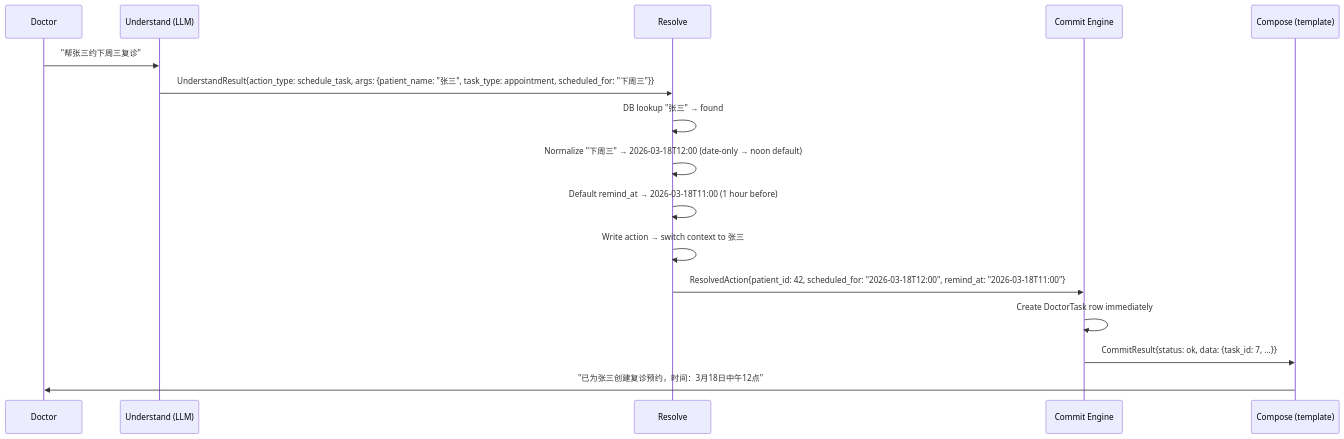
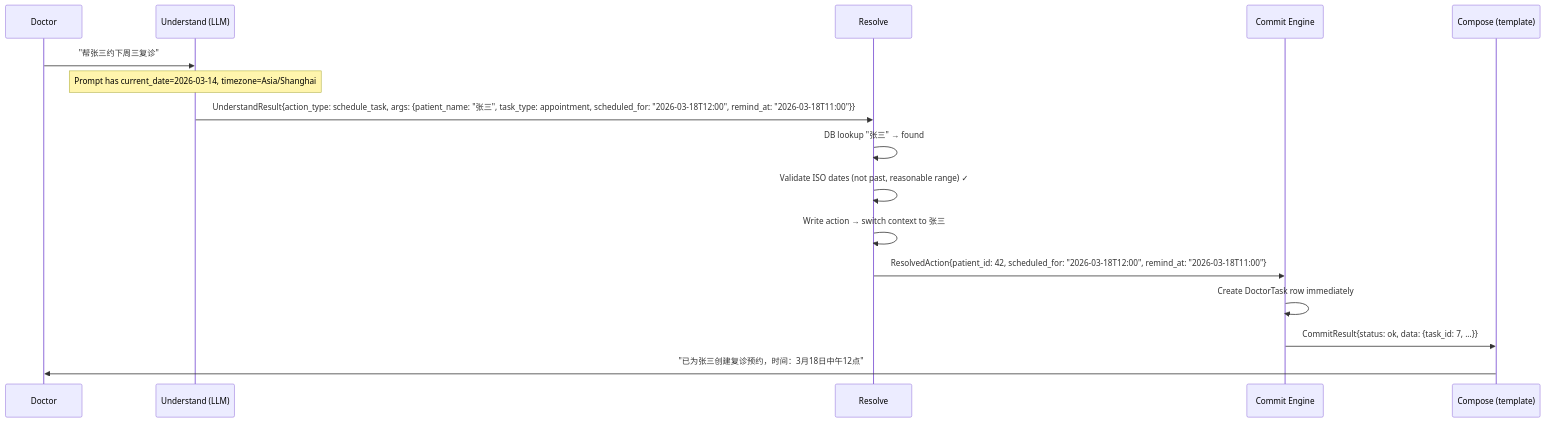
The third of 8 diagrams in docs/adr/0012-architecture-diagram.md (moments8890/doctor-ai-agent), drawn with Mermaid before and after one commit. The commit also changed other lines of this file and 2 other files, not shown here.

First line of the commit message:
docs: LLM-based date normalization, full diagram sync pass

````diff
--- a/docs/adr/0012-architecture-diagram.md
+++ b/docs/adr/0012-architecture-diagram.md
@@ -83,19 +83,19 @@
 ```mermaid
 sequenceDiagram
     participant D as Doctor
     participant U as Understand (LLM)
     participant R as Resolve
     participant CE as Commit Engine
     participant Co as Compose (template)
 
     D->>U: "帮张三约下周三复诊"
-    U->>R: UnderstandResult{action_type: schedule_task, args: {patient_name: "张三", task_type: appointment, scheduled_for: "下周三"}}
+    Note over U: Prompt has current_date=2026-03-14, timezone=Asia/Shanghai
+    U->>R: UnderstandResult{action_type: schedule_task, args: {patient_name: "张三", task_type: appointment, scheduled_for: "2026-03-18T12:00", remind_at: "2026-03-18T11:00"}}
     R->>R: DB lookup "张三" → found
-    R->>R: Normalize "下周三" → 2026-03-18T12:00 (date-only → noon default)
-    R->>R: Default remind_at → 2026-03-18T11:00 (1 hour before)
+    R->>R: Validate ISO dates (not past, reasonable range) ✓
     R->>R: Write action → switch context to 张三
     R->>CE: ResolvedAction{patient_id: 42, scheduled_for: "2026-03-18T12:00", remind_at: "2026-03-18T11:00"}
     CE->>CE: Create DoctorTask row immediately
     CE->>Co: CommitResult{status: ok, data: {task_id: 7, ...}}
     Co->>D: "已为张三创建复诊预约，时间：3月18日中午12点"
 ```
````
